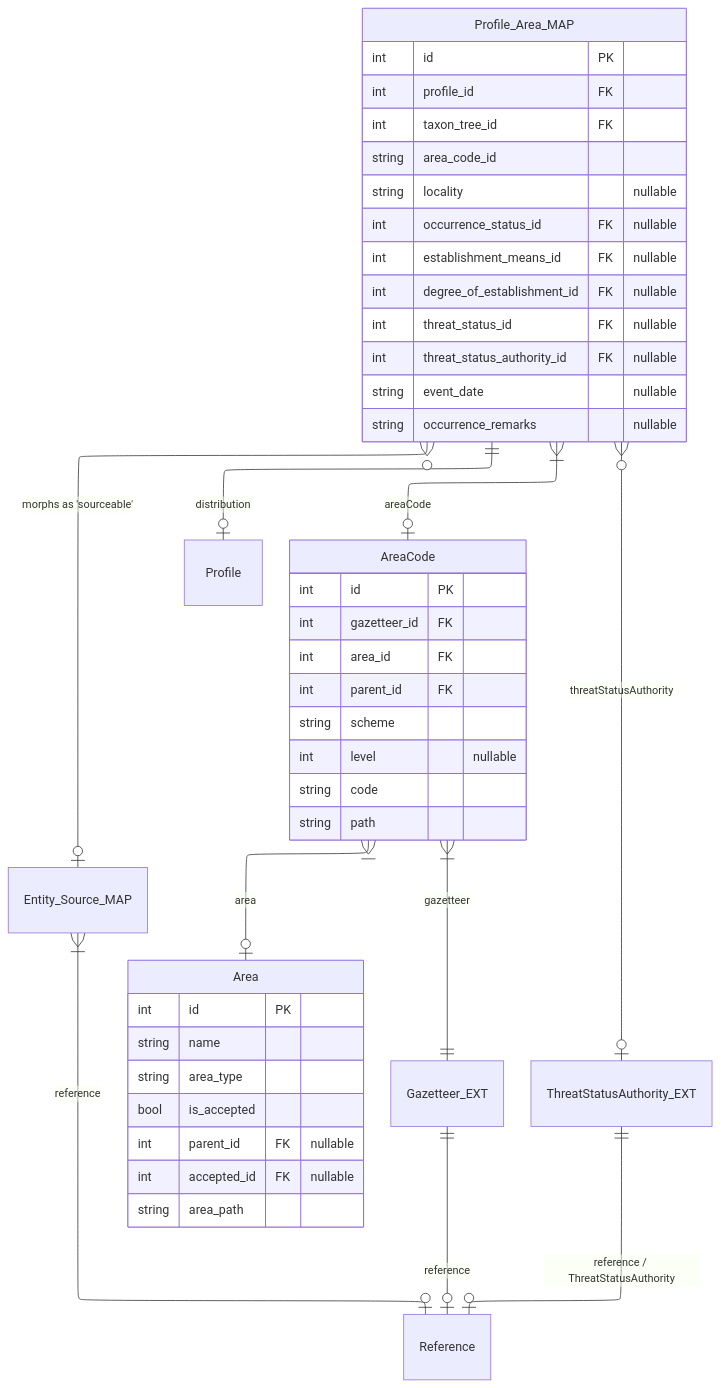
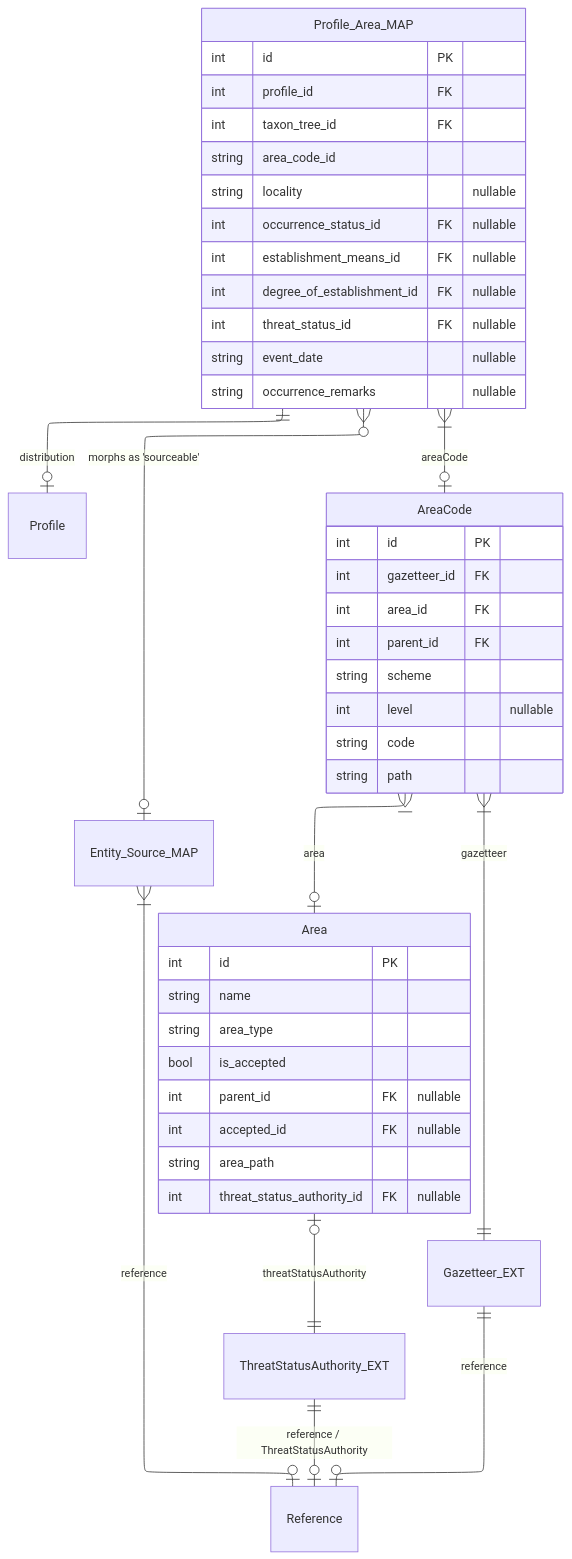
Before and after one commit to vicflora/vicflora-data-model-2026: diagram 12 of 18 in docs/layers.md, drawn with Mermaid. The commit also changed other lines of this file and 36 other files, not shown here.

````diff
--- a/docs/layers.md
+++ b/docs/layers.md
@@ -726,56 +724,56 @@
 ```mermaid
 ---
 config:
   layout: elk
 ---
 erDiagram
   Profile_Area_MAP ||--o| Profile : "distribution"
 
   %% Profile }o--o{ Entity_Source_MAP : "morphs as 'sourceable'"
   Profile_Area_MAP }|--o| AreaCode : "areaCode"
   AreaCode }|--o| Area : area
   AreaCode }|--|| Gazetteer_EXT : "gazetteer"
   Gazetteer_EXT ||--o| Reference : reference
-  Profile_Area_MAP }o--o| ThreatStatusAuthority_EXT : "threatStatusAuthority"
+  Area |o--|| ThreatStatusAuthority_EXT : "threatStatusAuthority"
   ThreatStatusAuthority_EXT ||--o| Reference : "reference / ThreatStatusAuthority"
 
   Profile_Area_MAP }o--o| Entity_Source_MAP : "morphs as 'sourceable'"
   Entity_Source_MAP }|--o| Reference : "reference"
 
   Profile_Area_MAP {
     int id PK
     int profile_id FK
     int taxon_tree_id FK
     string area_code_id 
     string locality "nullable"
     int occurrence_status_id FK "nullable"
     int establishment_means_id FK "nullable"
     int degree_of_establishment_id FK "nullable"
     int threat_status_id FK "nullable"
-    int threat_status_authority_id FK "nullable"
     string event_date "nullable"
     string occurrence_remarks "nullable"
   }
 
   AreaCode {
     int id PK
     int gazetteer_id FK
     int area_id FK
     int parent_id FK
     string scheme
     int level "nullable"
     string code
     string path    
   }
 
   Area {
     int id PK
     string name
     string area_type
     bool is_accepted
     int parent_id FK "nullable"
     int accepted_id FK "nullable"
     string area_path
+    int threat_status_authority_id FK "nullable"
   }
 
 ```
````
